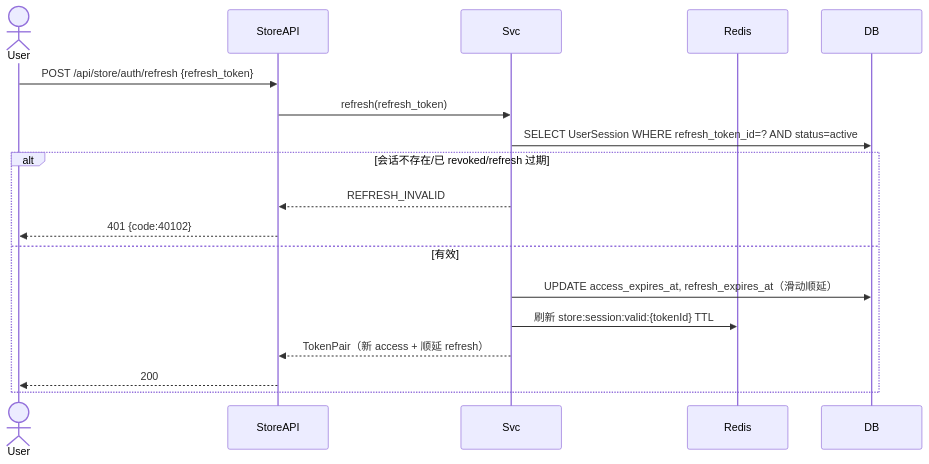
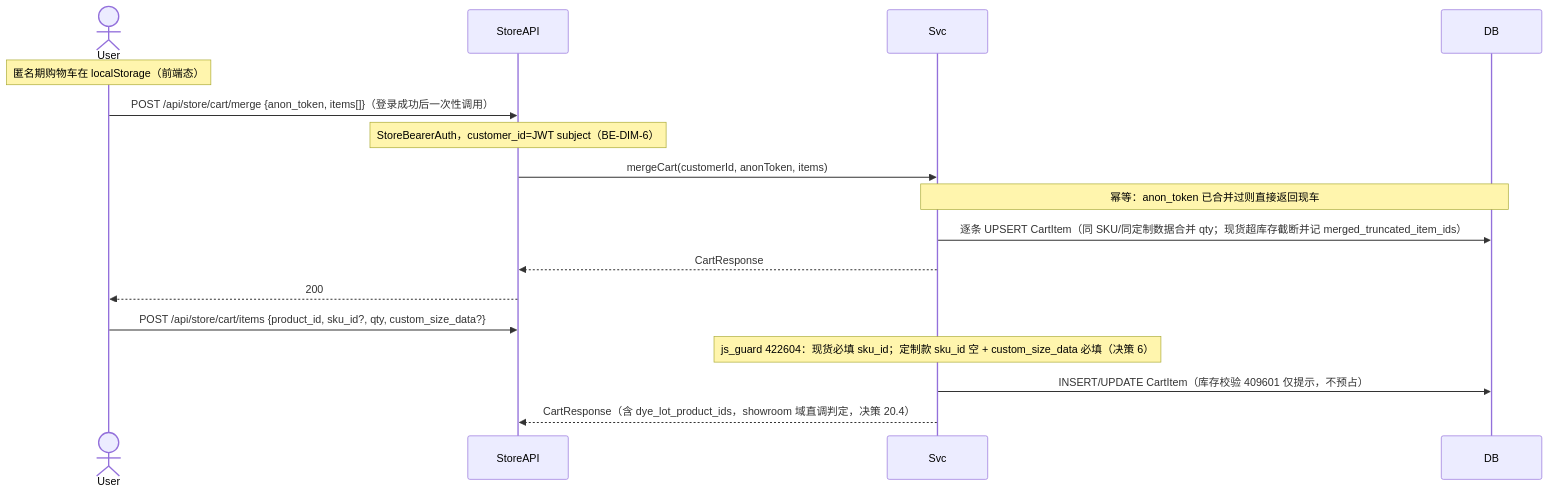
One commit to hptec/dreamy changed the fourth of 20 diagrams in hhspec/specs/architecture/data-flow.md. Above: the diagram before and after it, drawn with Mermaid. The commit also changed other lines of this file and 180 other files, not shown here.

````diff
--- a/hhspec/specs/architecture/data-flow.md
+++ b/hhspec/specs/architecture/data-flow.md
@@ -199,21 +205,21 @@
 ```mermaid
 sequenceDiagram
     actor User
     participant StoreAPI
     participant Svc
-    participant Redis
     participant DB
 
-    User->>StoreAPI: POST /api/store/auth/refresh {refresh_token}
-    StoreAPI->>Svc: refresh(refresh_token)
-    Svc->>DB: SELECT UserSession WHERE refresh_token_id=? AND status=active
-    alt 会话不存在/已 revoked/refresh 过期
-        Svc-->>StoreAPI: REFRESH_INVALID
-        StoreAPI-->>User: 401 {code:40102}
-    else 有效
-        Svc->>DB: UPDATE access_expires_at, refresh_expires_at（滑动顺延）
-        Svc->>Redis: 刷新 store:session:valid:{tokenId} TTL
-        Svc-->>StoreAPI: TokenPair（新 access + 顺延 refresh）
-        StoreAPI-->>User: 200
-    end
+    Note over User: 匿名期购物车在 localStorage（前端态）
+    User->>StoreAPI: POST /api/store/cart/merge {anon_token, items[]}（登录成功后一次性调用）
+    Note over StoreAPI: StoreBearerAuth，customer_id=JWT subject（BE-DIM-6）
+    StoreAPI->>Svc: mergeCart(customerId, anonToken, items)
+    Note over Svc,DB: 幂等：anon_token 已合并过则直接返回现车
+    Svc->>DB: 逐条 UPSERT CartItem（同 SKU/同定制数据合并 qty；现货超库存截断并记 merged_truncated_item_ids）
+    Svc-->>StoreAPI: CartResponse
+    StoreAPI-->>User: 200
+
+    User->>StoreAPI: POST /api/store/cart/items {product_id, sku_id?, qty, custom_size_data?}
+    Note over Svc: js_guard 422604：现货必填 sku_id；定制款 sku_id 空 + custom_size_data 必填（决策 6）
+    Svc->>DB: INSERT/UPDATE CartItem（库存校验 409601 仅提示，不预占）
+    Svc-->>StoreAPI: CartResponse（含 dye_lot_product_ids，showroom 域直调判定，决策 20.4）
 ```
````
